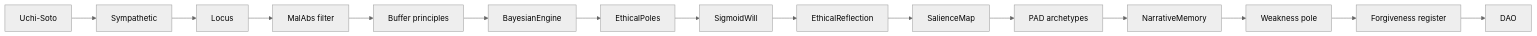
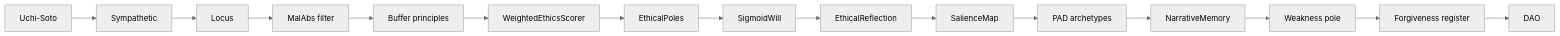
The diagram in docs/proposals/THEORY_AND_IMPLEMENTATION.md (CuevazaArt/ethical-android-mvp), drawn with Mermaid (neutral theme) before and after one commit. The commit also changed other lines of this file and 46 other files, not shown here.

First line of the commit message:
feat(ethics): WeightedEthicsScorer wiring + empirical pilot metadata (control)

````diff
--- a/docs/proposals/THEORY_AND_IMPLEMENTATION.md
+++ b/docs/proposals/THEORY_AND_IMPLEMENTATION.md
@@ -24,17 +24,17 @@
 ```mermaid
 flowchart LR
   A[Uchi-Soto] --> B[Sympathetic]
   B --> C[Locus]
   C --> D[MalAbs filter]
   D --> E[Buffer principles]
-  E --> F[BayesianEngine]
+  E --> F[WeightedEthicsScorer]
   F --> G[EthicalPoles]
   G --> H[SigmoidWill]
   H --> R[EthicalReflection]
   R --> S[SalienceMap]
   S --> P[PAD archetypes]
   P --> I[NarrativeMemory]
   I --> J[Weakness pole]
   J --> K[Forgiveness register]
   K --> L[DAO]
 ```
````
